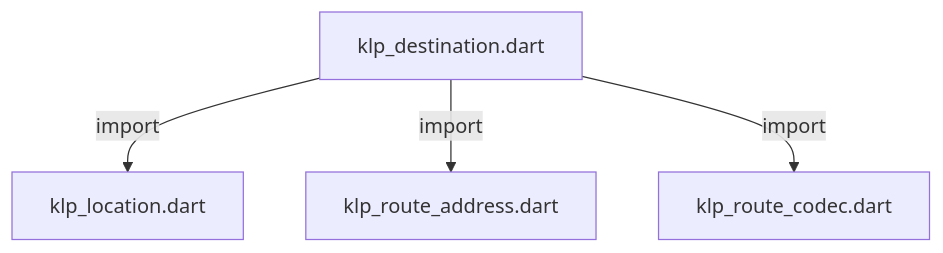
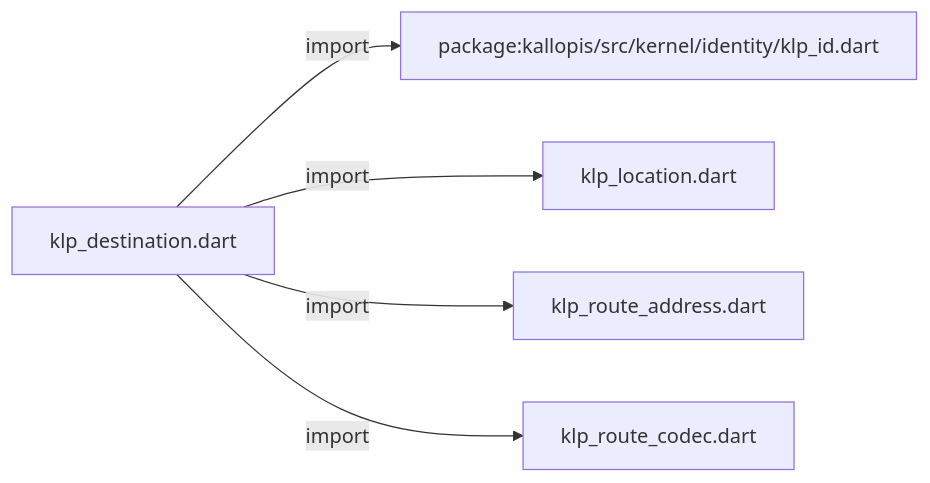
The first of 2 diagrams in docs/architecture/src/capabilities/navigation/klp_destination.md (MiuDog/Kallopis), drawn with Mermaid before and after one commit. The commit also changed other lines of this file and 9688 other files, not shown here.

Commit message:
Prepare isolated Flow F2 peer baseline

````diff
--- a/docs/architecture/src/capabilities/navigation/klp_destination.md
+++ b/docs/architecture/src/capabilities/navigation/klp_destination.md
@@ -11,10 +11,12 @@
 ```mermaid
-flowchart TD
+flowchart LR
 	n0["klp_destination.dart"]
-	n1["klp_location.dart"]
-	n2["klp_route_address.dart"]
-	n3["klp_route_codec.dart"]
+	n1["package:kallopis/src/kernel/identity/klp_id.dart"]
+	n2["klp_location.dart"]
+	n3["klp_route_address.dart"]
+	n4["klp_route_codec.dart"]
 	n0 -->|"import"| n1
 	n0 -->|"import"| n2
 	n0 -->|"import"| n3
+	n0 -->|"import"| n4
 ```
````
